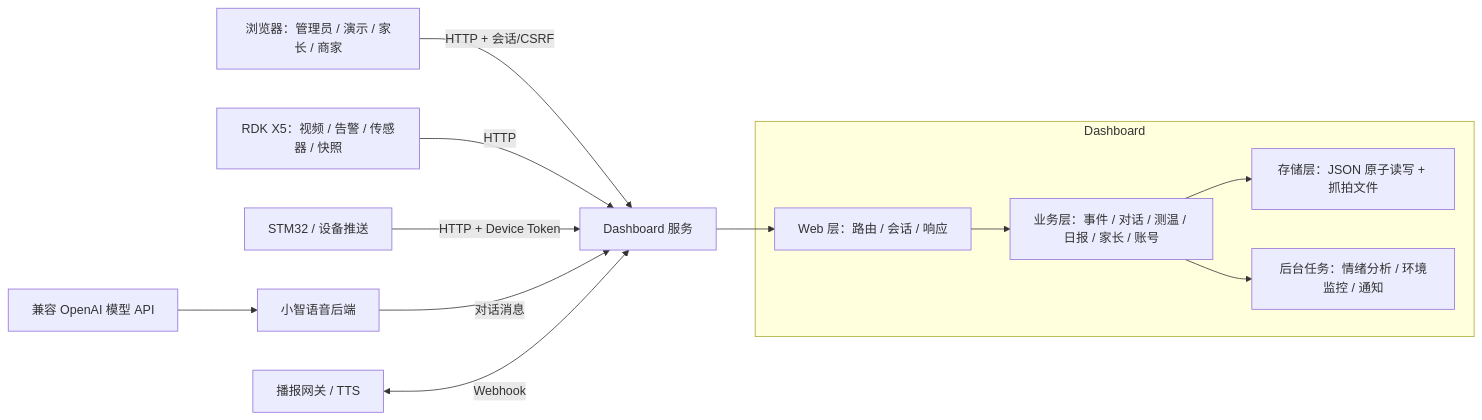
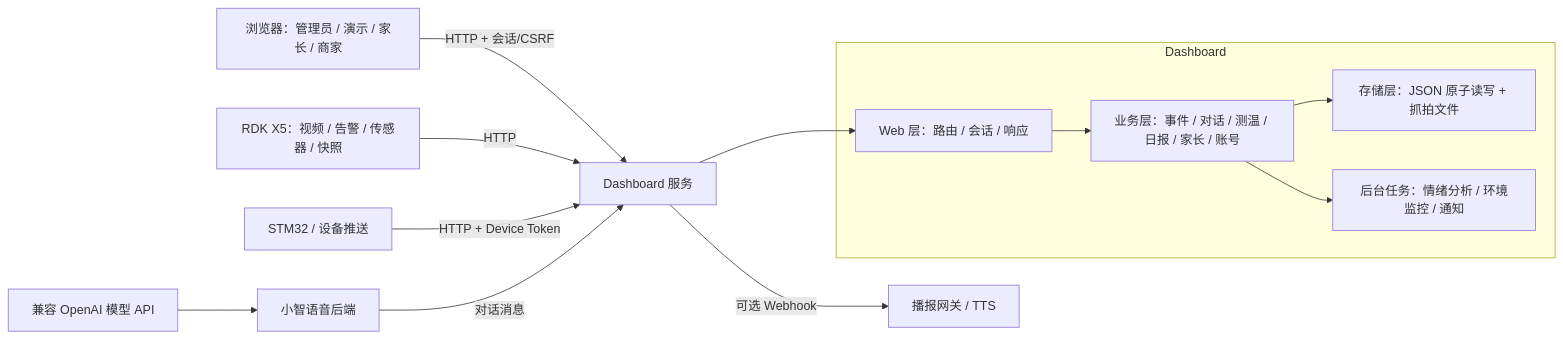
Before and after one commit to 2796923149akeman-jpg/tongyu-zhishu: the second of 3 diagrams in docs/ARCHITECTURE.md, drawn with Mermaid. The commit also changed other lines of this file and 7 other files, not shown here.

````diff
--- a/docs/ARCHITECTURE.md
+++ b/docs/ARCHITECTURE.md
@@ -23,18 +23,18 @@
 ```mermaid
 flowchart LR
     U[浏览器：管理员 / 演示 / 家长 / 商家] -->|HTTP + 会话/CSRF| D[Dashboard 服务]
     RDK[RDK X5：视频 / 告警 / 传感器 / 快照] -->|HTTP| D
     DEV[STM32 / 设备推送] -->|HTTP + Device Token| D
     XZ[小智语音后端] -->|对话消息| D
     M[兼容 OpenAI 模型 API] --> XZ
-    N[播报网关 / TTS] <-->|Webhook| D
+    D -->|可选 Webhook| N[播报网关 / TTS]
 
     subgraph Dashboard
       W[Web 层：路由 / 会话 / 响应]
       S[业务层：事件 / 对话 / 测温 / 日报 / 家长 / 账号]
       R[存储层：JSON 原子读写 + 抓拍文件]
       J[后台任务：情绪分析 / 环境监控 / 通知]
     end
     D --> W --> S --> R
     S --> J
 ```
````
